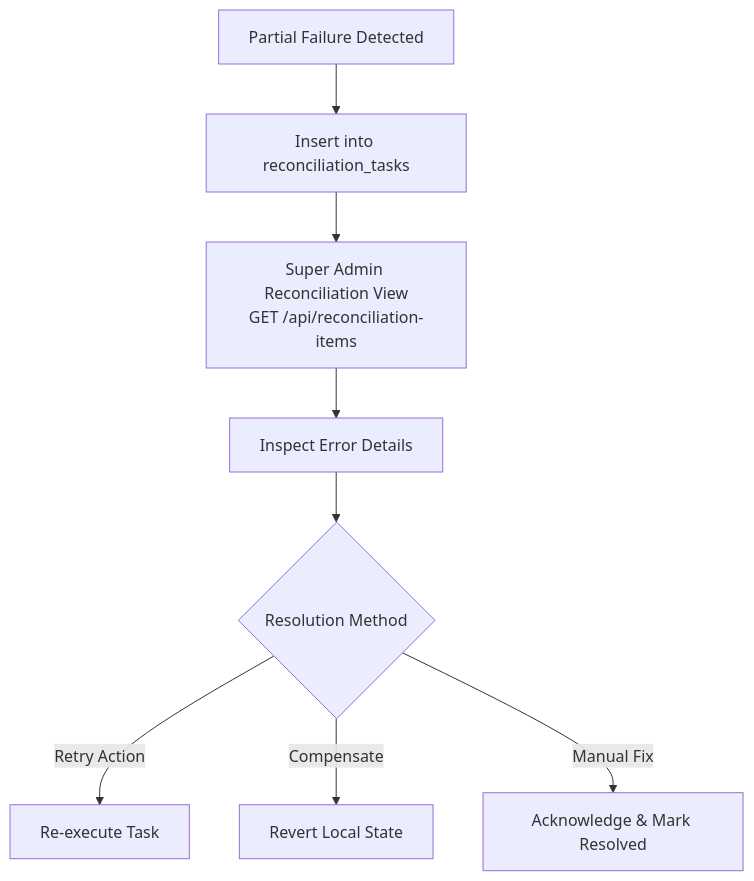
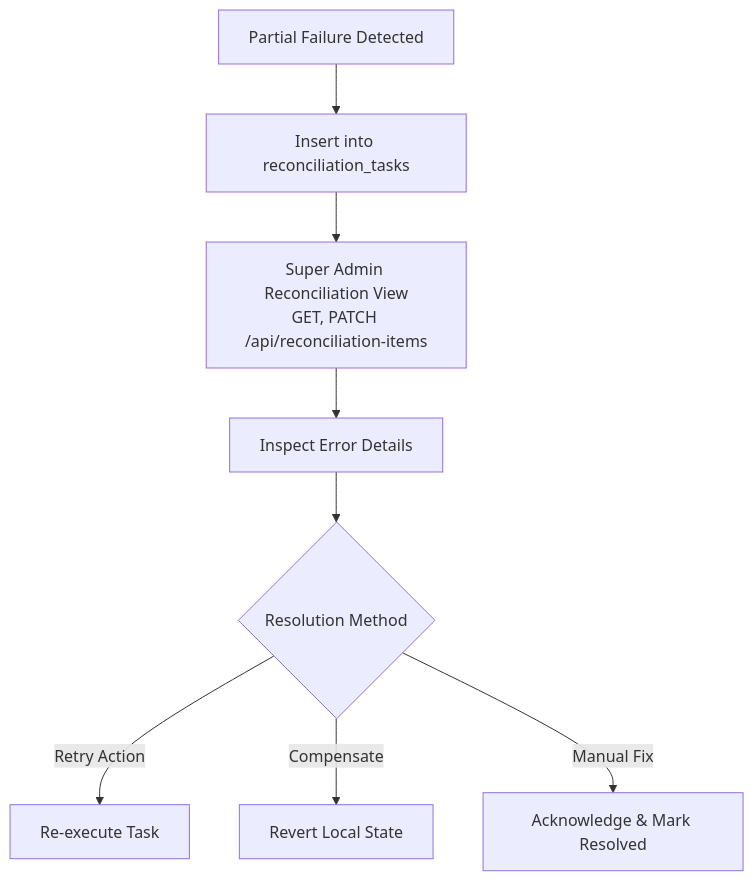
The fifth of 5 diagrams in docs/OPERATIONS.md (jsphhbna/egatepass), drawn with Mermaid before and after one commit. The commit also changed other lines of this file and 20 other files, not shown here.

````diff
--- a/docs/OPERATIONS.md
+++ b/docs/OPERATIONS.md
@@ -176,10 +176,10 @@
 ```mermaid
 flowchart TD
     Err[Partial Failure Detected] --> Record[Insert into reconciliation_tasks]
-    Record --> SAView[Super Admin Reconciliation View<br/>GET /api/reconciliation-items]
+    Record --> SAView[Super Admin Reconciliation View<br/>GET, PATCH /api/reconciliation-items]
     SAView --> Inspect[Inspect Error Details]
     Inspect --> Action{Resolution Method}
     Action -->|Retry Action| Retry[Re-execute Task]
     Action -->|Compensate| Comp[Revert Local State]
     Action -->|Manual Fix| Manual[Acknowledge & Mark Resolved]
 ```
````
